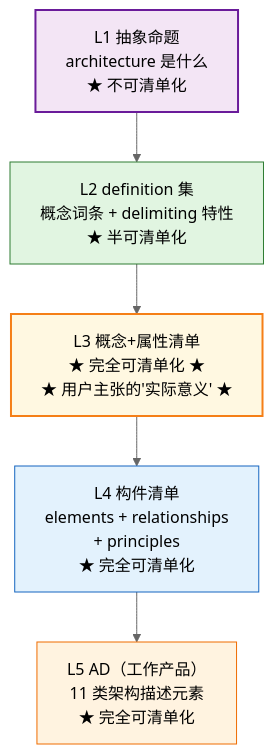
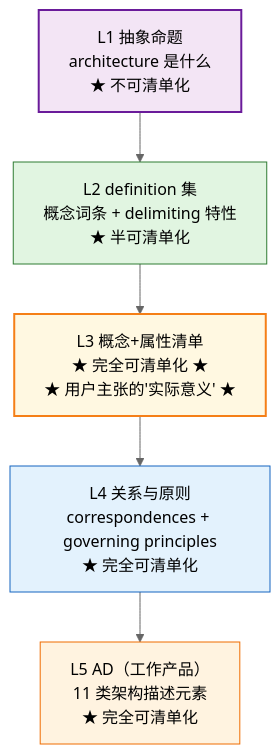
Before and after one commit to Yongjunzhou/AOS-system-design: diagram 13 of 17 in 100-subprojects/01-系统工程研究/00-系统工程相关研究报告/22-架构、概念、属性研究报告—术语权威定义与对照分析.md, drawn with Mermaid (neutral theme). The commit also changed other lines of this file and 177 other files, not shown here.

````diff
--- a/100-subprojects/01-系统工程研究/00-系统工程相关研究报告/22-架构、概念、属性研究报告—术语权威定义与对照分析.md
+++ b/100-subprojects/01-系统工程研究/00-系统工程相关研究报告/22-架构、概念、属性研究报告—术语权威定义与对照分析.md
@@ -1161,24 +1161,24 @@
 ```mermaid
 flowchart TB
     L1["L1 抽象命题<br/>architecture 是什么<br/>★ 不可清单化"]
     L2["L2 definition 集<br/>概念词条 + delimiting 特性<br/>★ 半可清单化"]
     L3["L3 概念+属性清单<br/>★ 完全可清单化 ★<br/>★ 用户主张的'实际意义' ★"]
-    L4["L4 构件清单<br/>elements + relationships<br/>+ principles<br/>★ 完全可清单化"]
+    L4["L4 关系与原则<br/>correspondences + governing principles<br/>★ 完全可清单化"]
     L5["L5 AD（工作产品）<br/>11 类架构描述元素<br/>★ 完全可清单化"]
 
     L1 --> L2
     L2 --> L3
     L3 --> L4
     L4 --> L5
 
     classDef l1 fill:#f3e5f5,stroke:#6a1b9a,stroke-width:2px
     classDef l2 fill:#e1f5e1,stroke:#2e7d32
     classDef l3 fill:#fff8e1,stroke:#f57f17,stroke-width:2px
     classDef l4 fill:#e3f2fd,stroke:#1565c0
     classDef l5 fill:#fff3e0,stroke:#ef6c00
     class L1 l1
     class L2 l2
     class L3 l3
     class L4 l4
     class L5 l5
 ```
````
